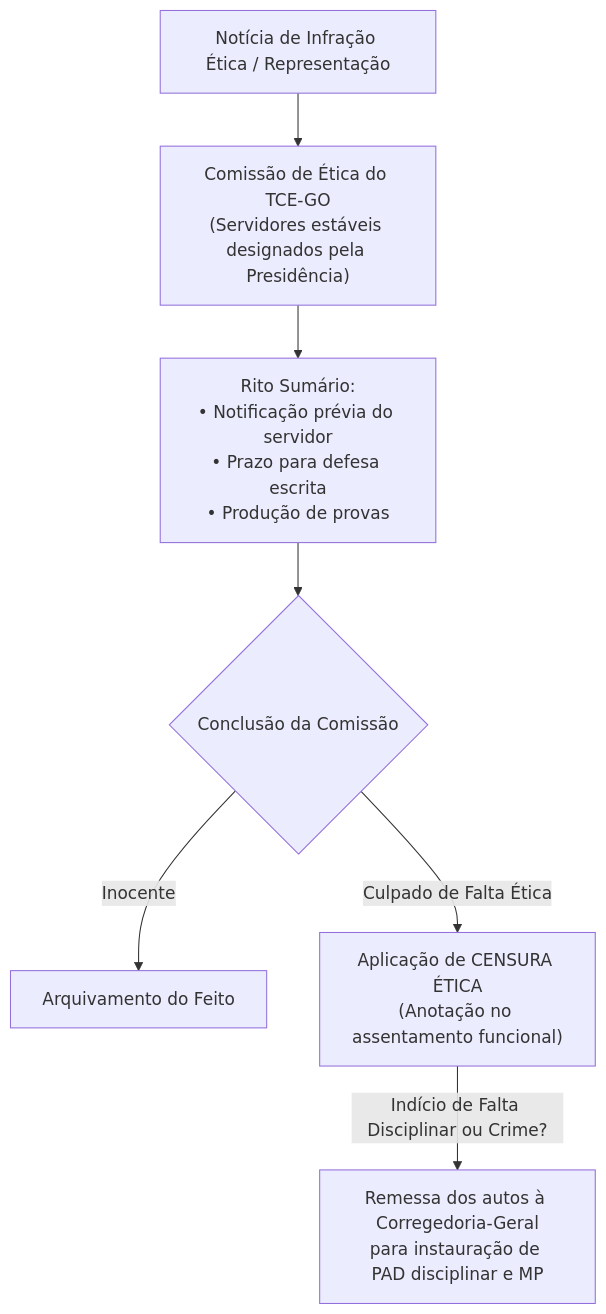
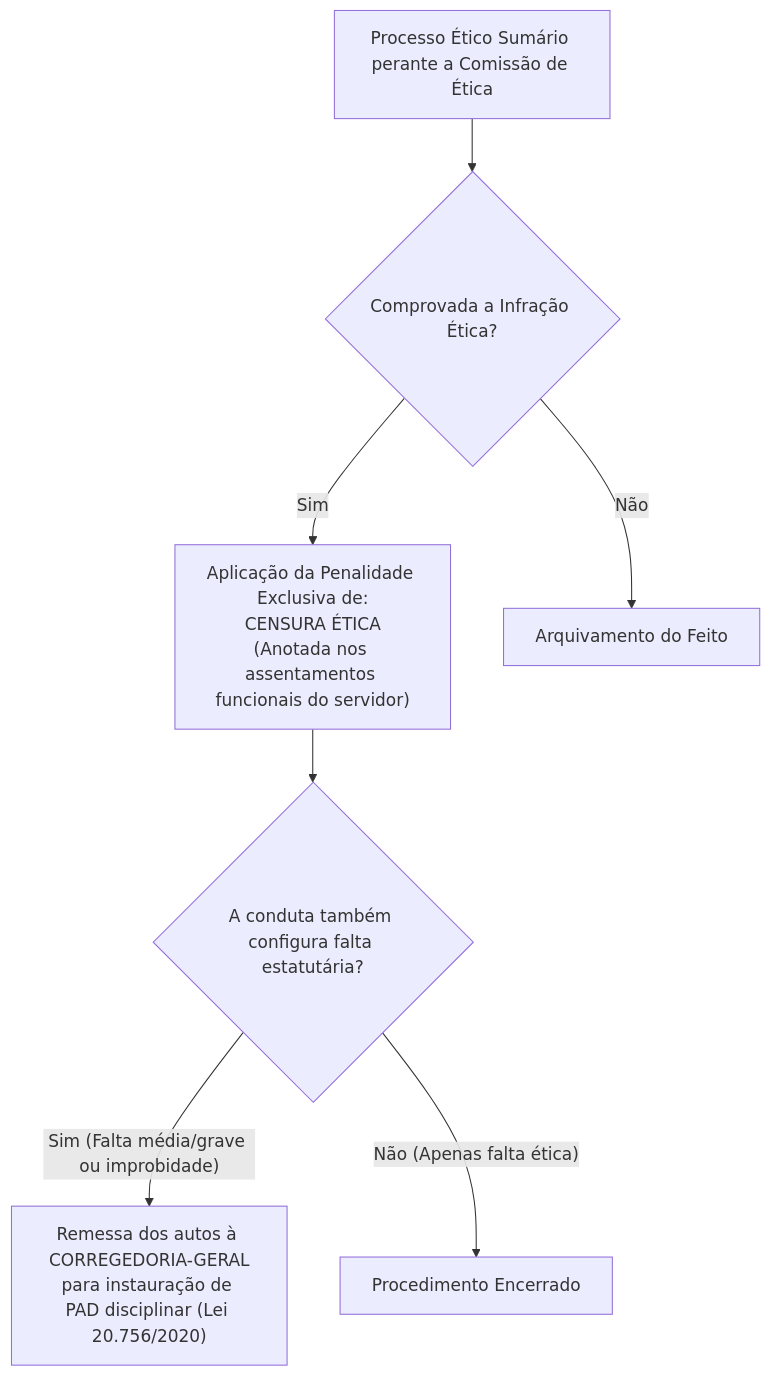
One commit to thiagosantos346/TCE-GO-2027 changed the second of 2 diagrams in fontes_de_estudo/conhecimentos_gerais/03_legislacao_institucional/05_codigo_de_etica_servidores_tce_go.md. Above: the diagram before and after it, drawn with Mermaid. The commit also changed other lines of this file and 119 other files, not shown here.

````diff
--- a/fontes_de_estudo/conhecimentos_gerais/03_legislacao_institucional/05_codigo_de_etica_servidores_tce_go.md
+++ b/fontes_de_estudo/conhecimentos_gerais/03_legislacao_institucional/05_codigo_de_etica_servidores_tce_go.md
@@ -122,15 +164,13 @@
 ```mermaid
 graph TD
-    DenunciaEtica[Notícia de Infração Ética / Representação]
+    ProcEtico["Processo Ético Sumário perante a Comissão de Ética"]
     
-    DenunciaEtica --> Comissao["Comissão de Ética do TCE-GO<br/>(Servidores estáveis designados pela Presidência)"]
+    ProcEtico --> Decisao{"Comprovada a Infração Ética?"}
     
-    Comissao --> Rito["Rito Sumário:<br/>• Notificação prévia do servidor<br/>• Prazo para defesa escrita<br/>• Produção de provas"]
+    Decisao -- "Sim" --> PenalidadeUnica["Aplicação da Penalidade Exclusiva de:<br/>CENSURA ÉTICA<br/>(Anotada nos assentamentos funcionais do servidor)"]
+    Decisao -- "Não" --> Arquiva["Arquivamento do Feito"]
     
-    Rito --> Julgamento{Conclusão da Comissão}
-    
-    Julgamento -->|Inocente| Arquiva["Arquivamento do Feito"]
-    Julgamento -->|Culpado de Falta Ética| Censura["Aplicação de CENSURA ÉTICA<br/>(Anotação no assentamento funcional)"]
-    
-    Censura -->|Indício de Falta Disciplinar ou Crime?| Remessa["Remessa dos autos à Corregedoria-Geral<br/>para instauração de PAD disciplinar e MP"]
+    PenalidadeUnica --> AnaliseDesdobramento{"A conduta também configura falta estatutária?"}
+    AnaliseDesdobramento -- "Sim (Falta média/grave ou improbidade)" --> RemessaCorreg["Remessa dos autos à CORREGEDORIA-GERAL<br/>para instauração de PAD disciplinar (Lei 20.756/2020)"]
+    AnaliseDesdobramento -- "Não (Apenas falta ética)" --> Fim["Procedimento Encerrado"]
 ```
````
